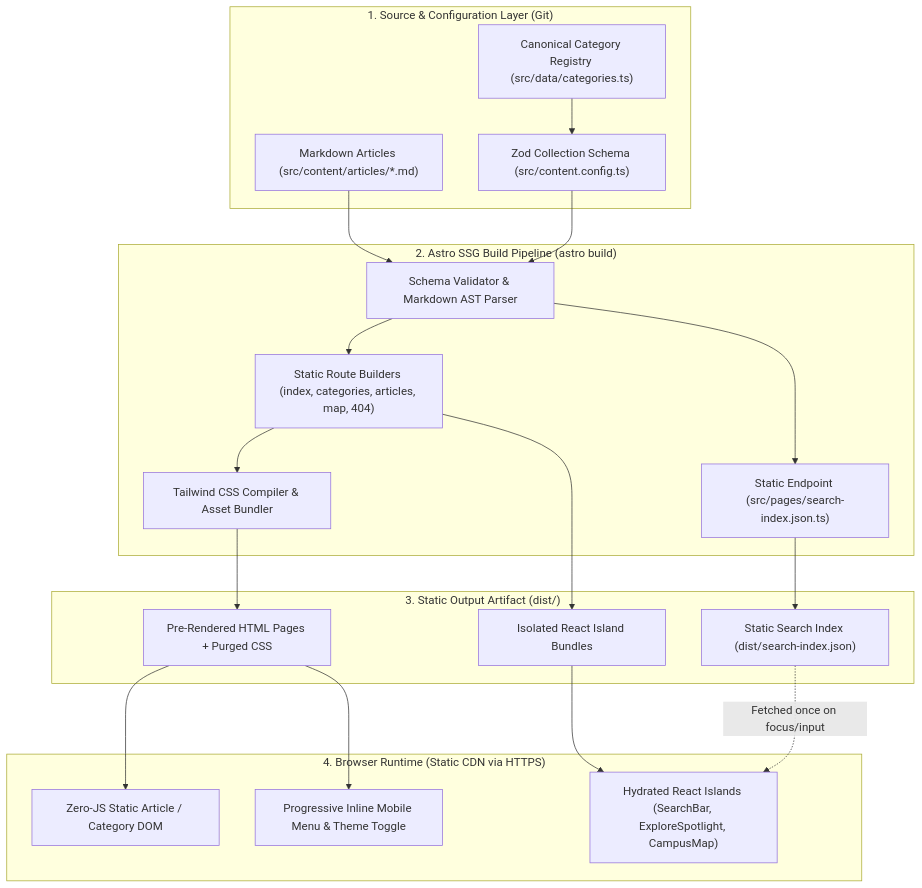
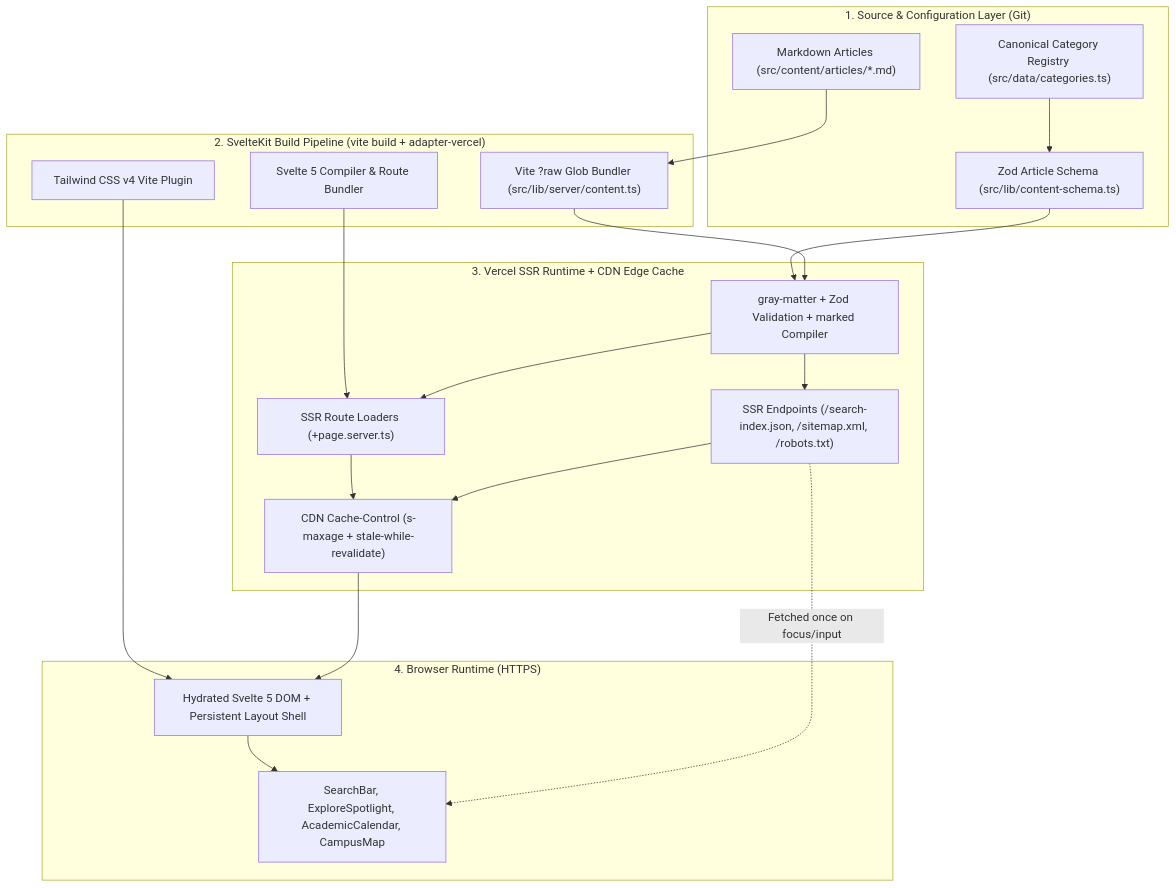
Before and after one commit to bulsutools/geary: the first of 2 diagrams in docs/ARCHITECTURE.md, drawn with Mermaid. The commit also changed other lines of this file and 10 other files, not shown here.

Commit message:
docs(architecture): specify SvelteKit SSR on Vercel migration baseline (M7) (#45)

````diff
--- a/docs/ARCHITECTURE.md
+++ b/docs/ARCHITECTURE.md
@@ -34,42 +33,40 @@
 ```mermaid
 flowchart TB
     subgraph ContentConfig["1. Source & Configuration Layer (Git)"]
         MD["Markdown Articles (src/content/articles/*.md)"]
         CAT["Canonical Category Registry (src/data/categories.ts)"]
-        SCHEMA["Zod Collection Schema (src/content.config.ts)"]
+        SCHEMA["Zod Article Schema (src/lib/content-schema.ts)"]
     end
 
-    subgraph BuildPipeline["2. Astro SSG Build Pipeline (astro build)"]
-        VALIDATE["Schema Validator & Markdown AST Parser"]
-        ROUTES["Static Route Builders (index, categories, articles, map, 404)"]
-        INDEXER["Static Endpoint (src/pages/search-index.json.ts)"]
-        TAILWIND["Tailwind CSS Compiler & Asset Bundler"]
+    subgraph BuildPipeline["2. SvelteKit Build Pipeline (vite build + adapter-vercel)"]
+        GLOB["Vite ?raw Glob Bundler (src/lib/server/content.ts)"]
+        SVELTE["Svelte 5 Compiler & Route Bundler"]
+        TAILWIND["Tailwind CSS v4 Vite Plugin"]
     end
 
-    subgraph DistOutput["3. Static Output Artifact (dist/)"]
-        HTML["Pre-Rendered HTML Pages + Purged CSS"]
-        JSON["Static Search Index (dist/search-index.json)"]
-        ISLAND_JS["Isolated React Island Bundles"]
+    subgraph ServerRuntime["3. Vercel SSR Runtime + CDN Edge Cache"]
+        LOADER["gray-matter + Zod Validation + marked Compiler"]
+        ROUTES["SSR Route Loaders (+page.server.ts)"]
+        ENDPOINTS["SSR Endpoints (/search-index.json, /sitemap.xml, /robots.txt)"]
+        CACHE["CDN Cache-Control (s-maxage + stale-while-revalidate)"]
     end
 
-    subgraph ClientRuntime["4. Browser Runtime (Static CDN via HTTPS)"]
-        DOM["Zero-JS Static Article / Category DOM"]
-        MENU["Progressive Inline Mobile Menu & Theme Toggle"]
-        REACT["Hydrated React Islands (SearchBar, ExploreSpotlight, CampusMap)"]
+    subgraph ClientRuntime["4. Browser Runtime (HTTPS)"]
+        SSR_HTML["Hydrated Svelte 5 DOM + Persistent Layout Shell"]
+        INTERACTIVE["SearchBar, ExploreSpotlight, AcademicCalendar, CampusMap"]
     end
 
-    MD --> VALIDATE
+    MD --> GLOB
     CAT --> SCHEMA
-    SCHEMA --> VALIDATE
-    VALIDATE --> ROUTES
-    VALIDATE --> INDEXER
-    ROUTES --> TAILWIND
-    TAILWIND --> HTML
-    INDEXER --> JSON
-    ROUTES --> ISLAND_JS
-
-    HTML --> DOM
-    HTML --> MENU
-    ISLAND_JS --> REACT
-    JSON -.->|"Fetched once on focus/input"| REACT
+    SCHEMA --> LOADER
+    GLOB --> LOADER
+    SVELTE --> ROUTES
+    TAILWIND --> SSR_HTML
+    LOADER --> ROUTES
+    LOADER --> ENDPOINTS
+    ROUTES --> CACHE
+    ENDPOINTS --> CACHE
+    CACHE --> SSR_HTML
+    SSR_HTML --> INTERACTIVE
+    ENDPOINTS -.->|"Fetched once on focus/input"| INTERACTIVE
 ```
````
